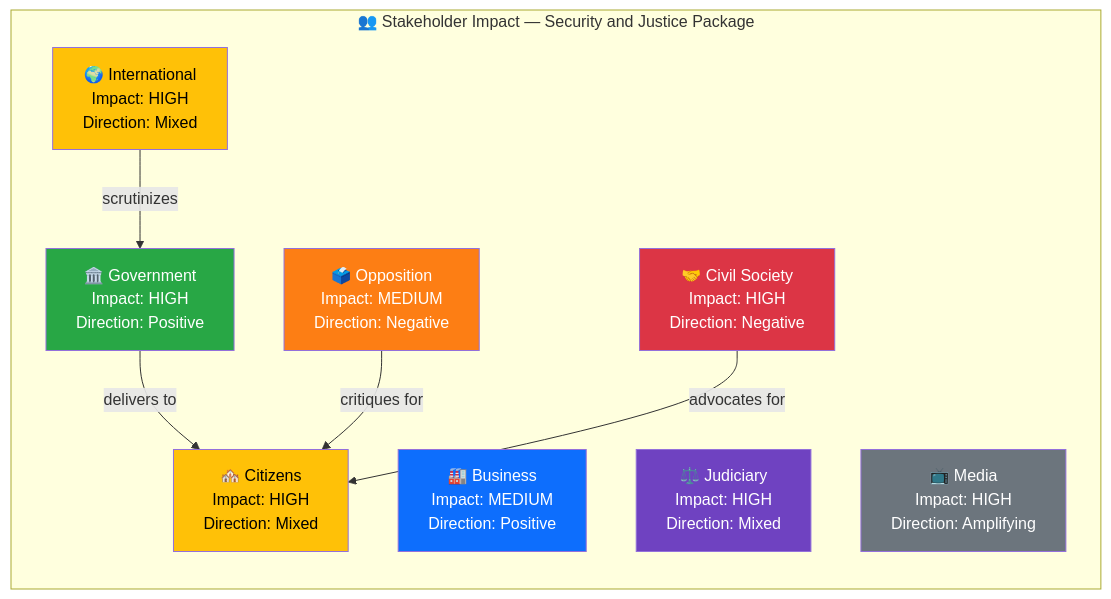
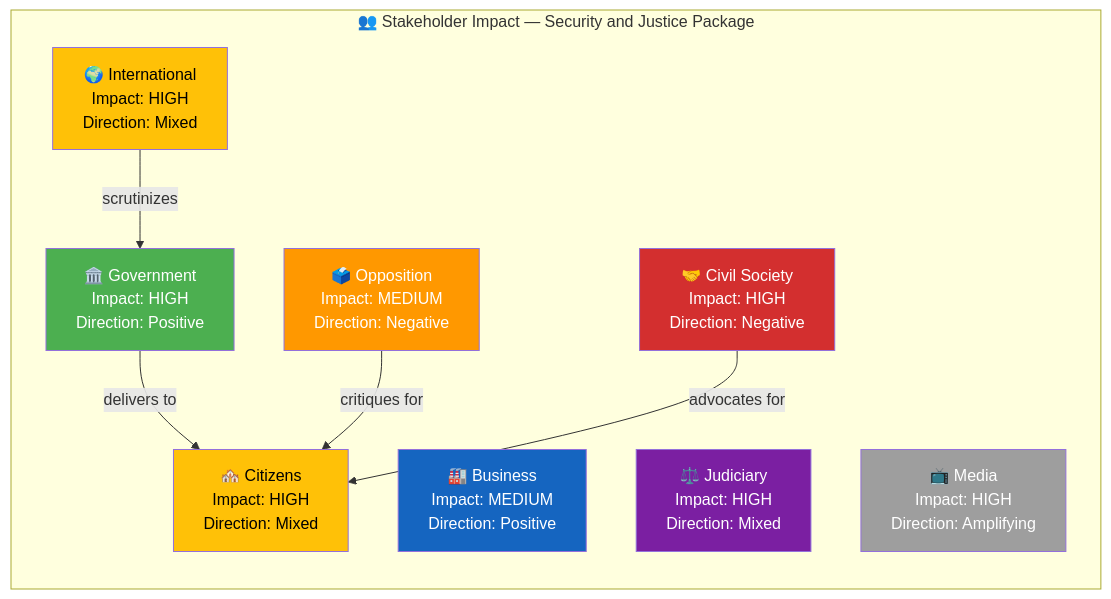
Before and after one commit to Hack23/riksdagsmonitor: the diagram in analysis/daily/2026-04-05/realtime-1212/stakeholder-perspectives.md, drawn with Mermaid. The commit also changed 785 other files, not shown here.

First line of the commit message:
Normalize mermaid colors across 786 analysis artifacts to ISMS Style Guide palette

````diff
--- a/analysis/daily/2026-04-05/realtime-1212/stakeholder-perspectives.md
+++ b/analysis/daily/2026-04-05/realtime-1212/stakeholder-perspectives.md
@@ -16,28 +16,28 @@
 ```mermaid
 graph TD
     subgraph "👥 Stakeholder Impact — Security and Justice Package"
         direction TB
         CIT["🏘️ Citizens<br/>Impact: HIGH<br/>Direction: Mixed"]
         GOV["🏛️ Government<br/>Impact: HIGH<br/>Direction: Positive"]
         OPP["🗳️ Opposition<br/>Impact: MEDIUM<br/>Direction: Negative"]
         BIZ["🏭 Business<br/>Impact: MEDIUM<br/>Direction: Positive"]
         CIV["🤝 Civil Society<br/>Impact: HIGH<br/>Direction: Negative"]
         INT["🌍 International<br/>Impact: HIGH<br/>Direction: Mixed"]
         JUD["⚖️ Judiciary<br/>Impact: HIGH<br/>Direction: Mixed"]
         MED["📺 Media<br/>Impact: HIGH<br/>Direction: Amplifying"]
     end
 
     GOV -->|"delivers to"| CIT
     OPP -->|"critiques for"| CIT
     CIV -->|"advocates for"| CIT
     INT -->|"scrutinizes"| GOV
 
-    style CIT fill:#ffc107,color:#000
-    style GOV fill:#28a745,color:#fff
-    style OPP fill:#fd7e14,color:#fff
-    style BIZ fill:#0d6efd,color:#fff
-    style CIV fill:#dc3545,color:#fff
-    style INT fill:#ffc107,color:#000
-    style JUD fill:#6f42c1,color:#fff
-    style MED fill:#6c757d,color:#fff
+    style CIT fill:#FFC107,color:#000000
+    style GOV fill:#4CAF50,color:#FFFFFF
+    style OPP fill:#FF9800,color:#FFFFFF
+    style BIZ fill:#1565C0,color:#FFFFFF
+    style CIV fill:#D32F2F,color:#FFFFFF
+    style INT fill:#FFC107,color:#000000
+    style JUD fill:#7B1FA2,color:#FFFFFF
+    style MED fill:#9E9E9E,color:#FFFFFF
 ```
````
